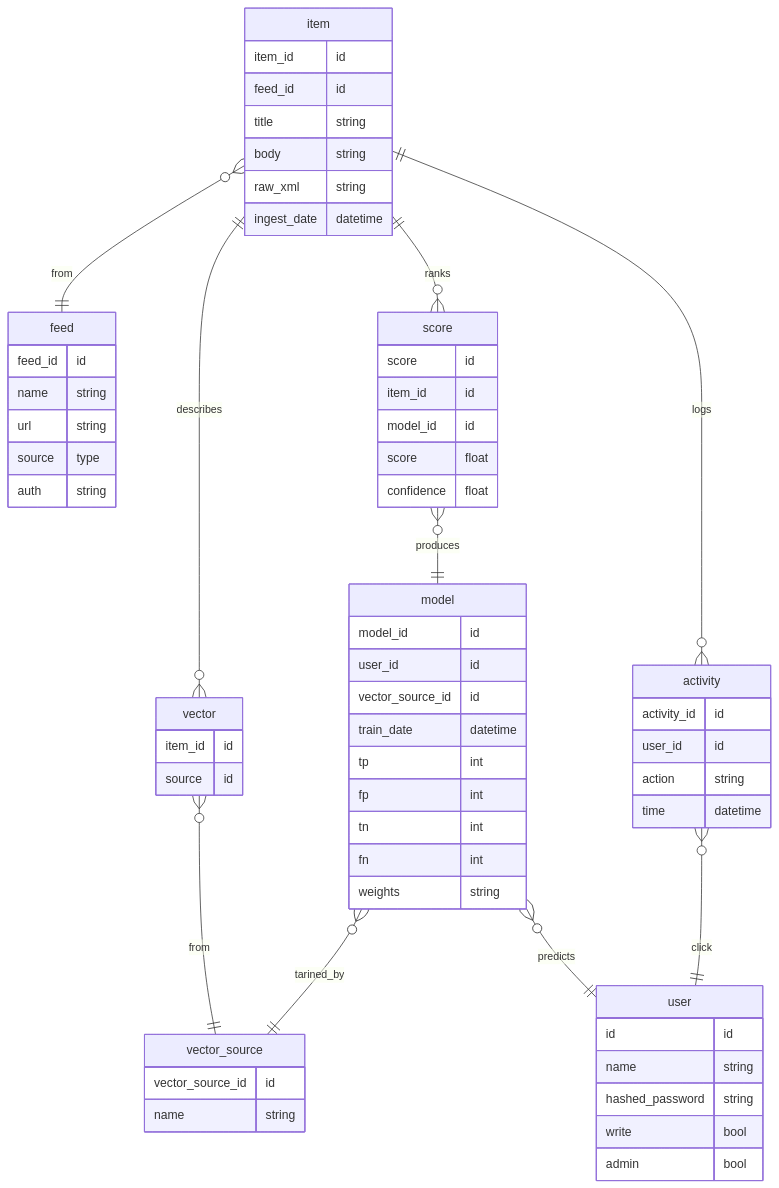
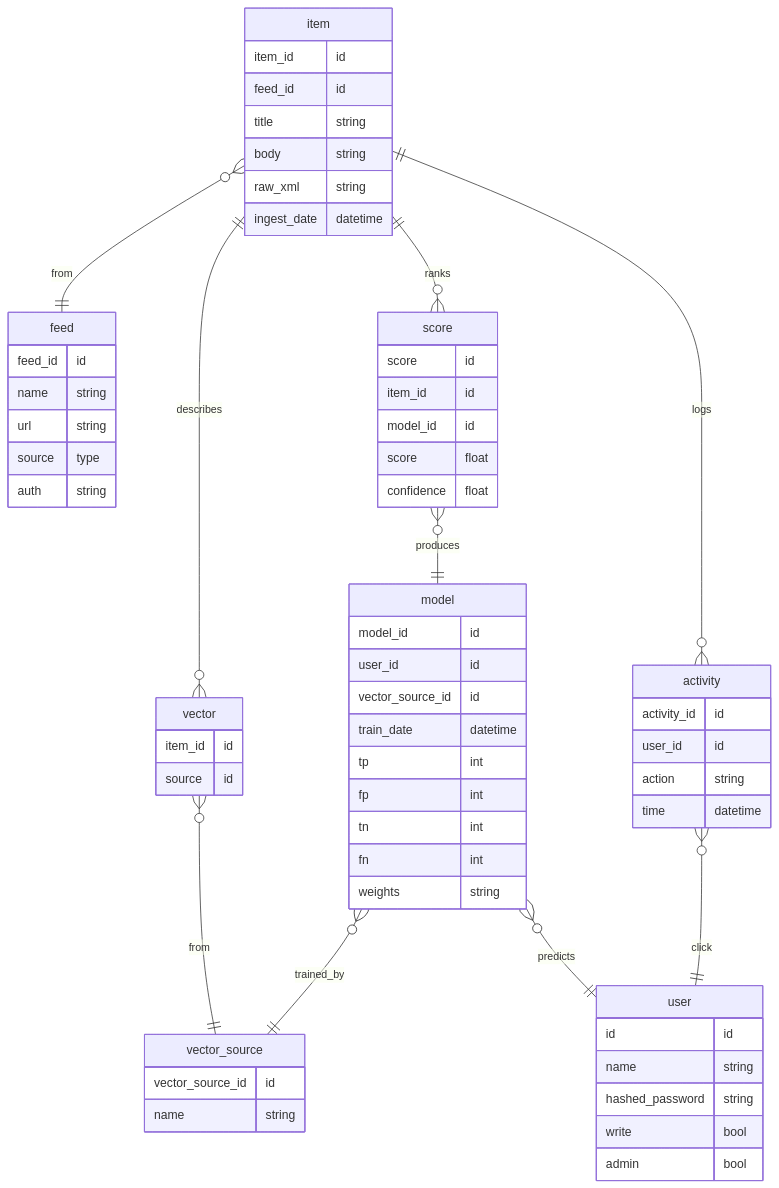
Before and after one commit to mullinmax/aggy: the diagram in README.md, drawn with Mermaid. The commit also changed other lines of this file and 5 other files, not shown here.

````diff
--- a/README.md
+++ b/README.md
@@ -9,75 +28,75 @@
 ```mermaid
 erDiagram
     item {
         item_id id
         feed_id id
         title string
         body string
         raw_xml string
         ingest_date datetime
     }
 
     feed {
         feed_id id
         name string
         url string
         source type
         auth string
     }
 
     score {
         score id
         item_id id
         model_id id
         score float
         confidence float
     }
 
     model {
         model_id id
         user_id id
         vector_source_id id
         train_date datetime
         tp int
         fp int
         tn int
         fn int
         weights string
     }
 
     vector_source {
         vector_source_id id
         name string
     }
 
     vector {
         item_id id
         source id
     }
 
     activity {
         activity_id id
         user_id id
         action string
         time datetime
     }
 
     user {
         id id
         name string
         hashed_password string
         write bool
         admin bool
     }
 
     item }o--|| feed : from
     vector }o--|| vector_source : from
     item ||--o{ vector : describes
     item ||--o{ score : ranks
     score }o--|| model : produces
     model }o--|| user : predicts
-    model }o--|| vector_source : tarined_by
+    model }o--|| vector_source : trained_by
     item ||--o{ activity : logs
     activity }o--|| user : click
 
 ``` 
````
